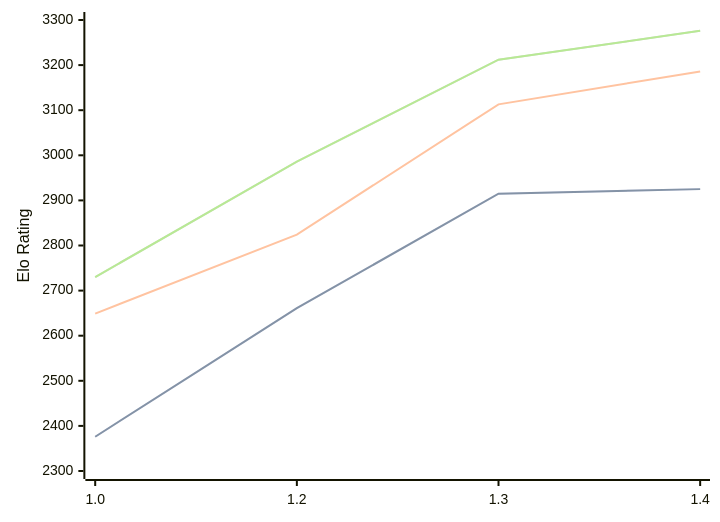
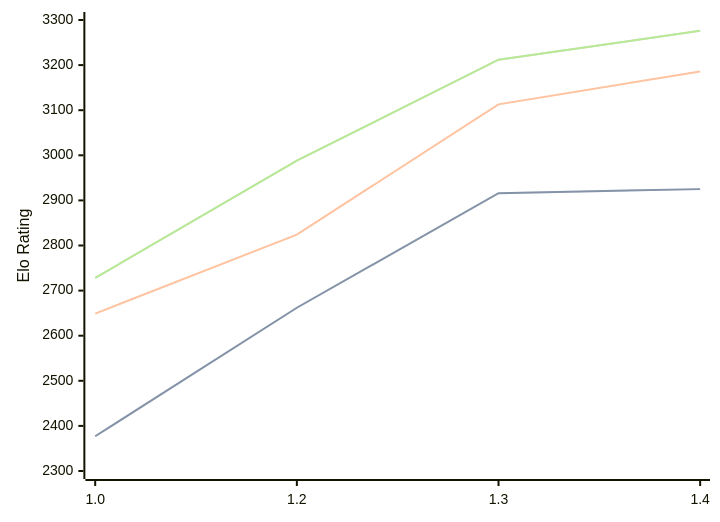
The diagram in engines/Chessnix.md (computer-chess-index/cci), drawn with Mermaid before and after one commit. The commit also changed other lines of this file, not shown here.

Commit message:
Update CCI Ratings (ELO VLTC) - 2026-05-05

````diff
--- a/engines/Chessnix.md
+++ b/engines/Chessnix.md
@@ -36,11 +36,11 @@
 ```mermaid
 %%{init: {"theme":"base","themeVariables":{"seriesColors:['#a3a3a3','#222221','#faa371']}}}%%
 xychart-beta
   x-axis ["1.0", "1.2", "1.3", "1.4"]
   y-axis "Elo Rating" 2300 --> 3300
-  line "STC (8.0+0.08s)" [2376, 2661, 2915, 2925]
-  line "STC (8.0+0.08s)" [2376, 2661, 2915, 2925]
+  line "STC (8.0+0.08s)" [2377, 2662, 2916, 2925]
+  line "STC (8.0+0.08s)" [2377, 2662, 2916, 2925]
   line "LTC (60.0+0.60s)" [2649, 2824, 3113, 3186]
-  line "VLTC (2m24s+1.12s)" [2730, 2986, 3212, 3276]
-  line "VLTC (2m24s+1.12s)" [2730, 2986, 3212, 3276]
+  line "VLTC (2m24s+1.12s)" [2728, 2988, 3212, 3276]
+  line "VLTC (2m24s+1.12s)" [2728, 2988, 3212, 3276]
 ```
````
